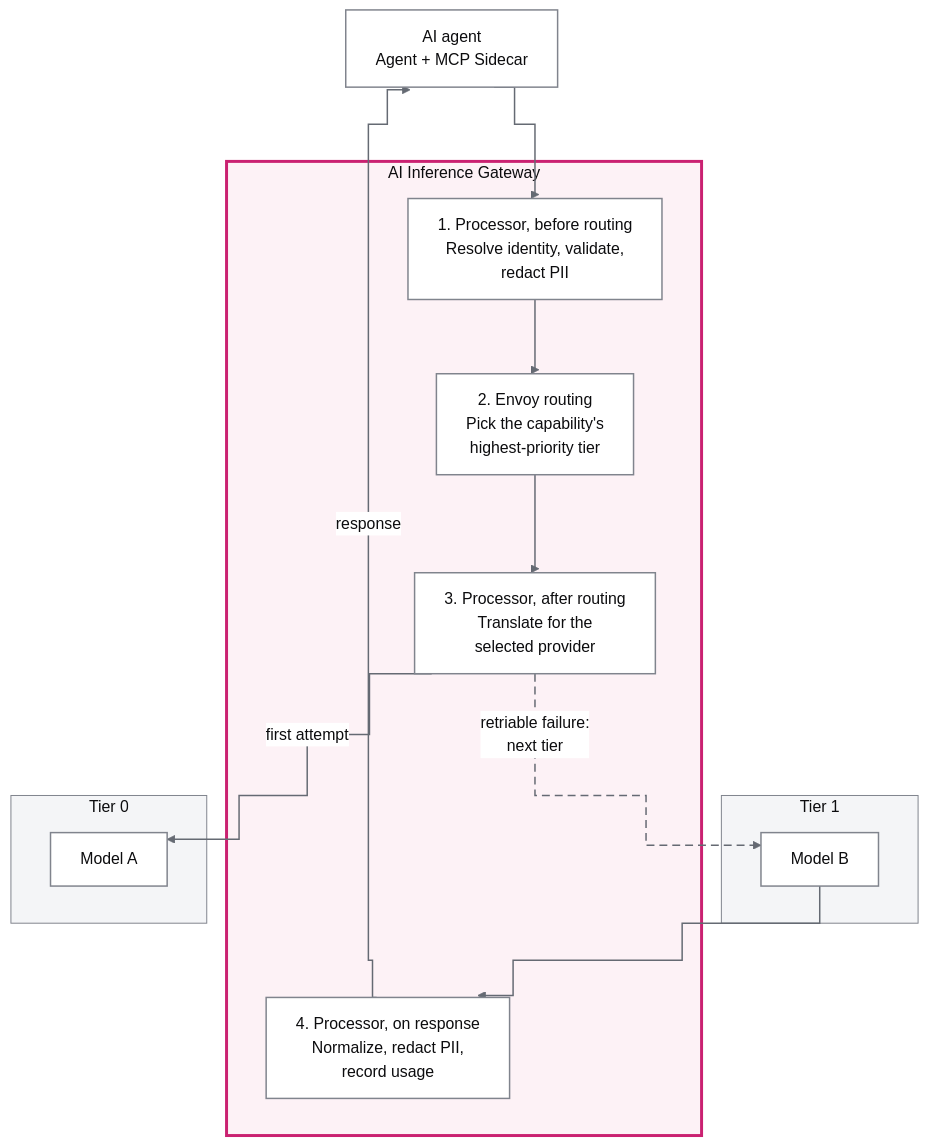
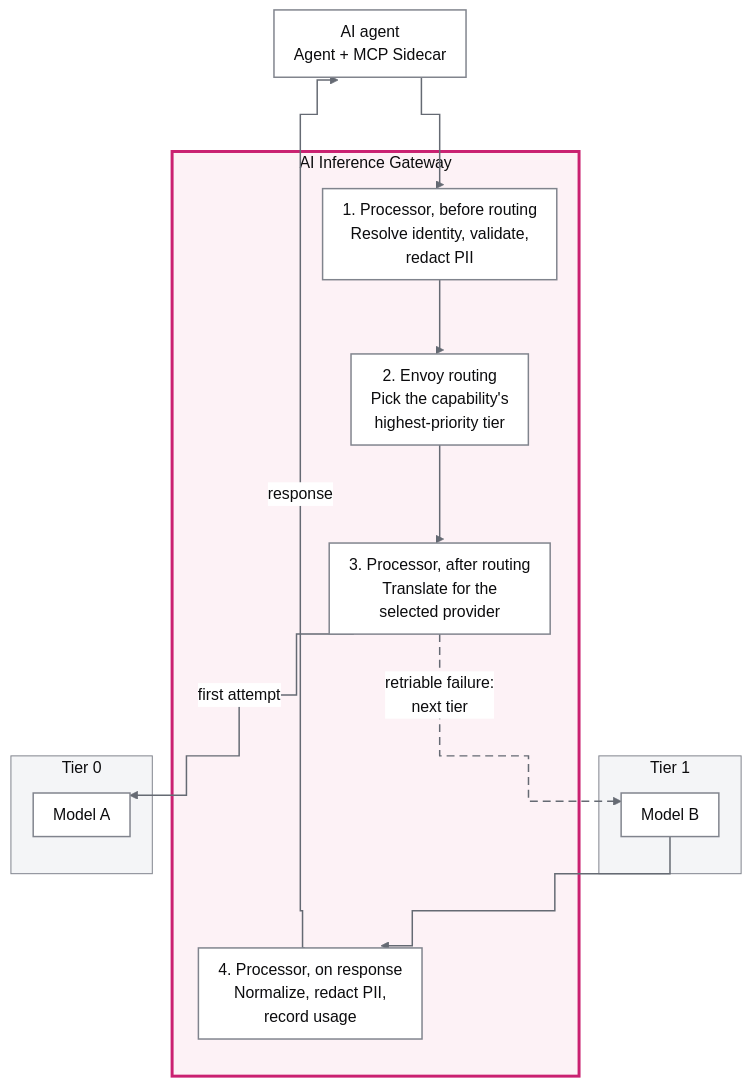
Before and after one commit to hashicorp/web-unified-docs: the diagram in content/consul/v2.1.x/img/agentic-mesh/mermaid-markup/model-access-workflow_light.mmd, drawn with Mermaid. The commit also changed 32 other files, not shown here.

First line of the commit message:
Fit the architecture diagrams to the content column

```diff
--- a/content/consul/v2.1.x/img/agentic-mesh/mermaid-markup/model-access-workflow_light.mmd
+++ b/content/consul/v2.1.x/img/agentic-mesh/mermaid-markup/model-access-workflow_light.mmd
@@ -1,30 +1,31 @@
-%%{init: {"theme":"base","fontFamily":"Helvetica, Arial, sans-serif","flowchart":{"curve":"step","nodeSpacing":60,"rankSpacing":75,"htmlLabels":true},"themeVariables":{"fontFamily":"Helvetica, Arial, sans-serif","fontSize":"16px","background":"#ffffff","primaryColor":"#ffffff","primaryBorderColor":"#80848d","primaryTextColor":"#0c0c0e","lineColor":"#656a73","clusterBkg":"#f4f5f7","clusterBorder":"#80848d","titleColor":"#0c0c0e","edgeLabelBackground":"#ffffff","actorBkg":"#ffffff","actorBorder":"#ca2171","actorTextColor":"#0c0c0e","actorLineColor":"#80848d","signalColor":"#656a73","signalTextColor":"#0c0c0e","noteBkgColor":"#f4f5f7","noteBorderColor":"#80848d","noteTextColor":"#0c0c0e","activationBkgColor":"#fdf2f6","activationBorderColor":"#c1527f","sequenceNumberColor":"#ffffff"},"sequence":{"mirrorActors":false,"width":220,"actorMargin":50,"messageMargin":50,"boxMargin":10,"noteMargin":12,"wrap":true}}}%%
+%%{init: {"theme":"base","fontFamily":"Helvetica, Arial, sans-serif","flowchart":{"curve":"step","nodeSpacing":60,"rankSpacing":75,"htmlLabels":true},"themeVariables":{"fontFamily":"Helvetica, Arial, sans-serif","fontSize":"16px","background":"#ffffff","primaryColor":"#ffffff","primaryBorderColor":"#80848d","primaryTextColor":"#0c0c0e","lineColor":"#656a73","clusterBkg":"#f4f5f7","clusterBorder":"#80848d","titleColor":"#0c0c0e","edgeLabelBackground":"#ffffff","actorBkg":"#ffffff","actorBorder":"#ca2171","actorTextColor":"#0c0c0e","actorLineColor":"#80848d","signalColor":"#656a73","signalTextColor":"#0c0c0e","noteBkgColor":"#f4f5f7","noteBorderColor":"#80848d","noteTextColor":"#0c0c0e","activationBkgColor":"#fdf2f6","activationBorderColor":"#c1527f","sequenceNumberColor":"#ffffff"},"sequence":{"mirrorActors":false,"width":130,"actorMargin":20,"messageMargin":45,"boxMargin":10,"noteMargin":12,"wrap":true,"actorFontSize":15,"messageFontSize":15}}}%%
+%%{init: {"flowchart":{"nodeSpacing":25,"padding":10}}}%%
 flowchart TB
   agent["AI agent<br/>Agent + MCP Sidecar"]
   subgraph igw["AI Inference Gateway"]
     pre["1. Processor, before routing<br/>Resolve identity, validate,<br/>redact PII"]
     route["2. Envoy routing<br/>Pick the capability's<br/>highest-priority tier"]
     post["3. Processor, after routing<br/>Translate for the<br/>selected provider"]
     resp["4. Processor, on response<br/>Normalize, redact PII,<br/>record usage"]
   end
   subgraph tier1["Tier 1"]
     modelb["Model B"]
   end
   subgraph tier0["Tier 0"]
     modela["Model A"]
   end
 
   agent --> pre
   pre --> route
   route --> post
   post -->|first attempt| modela
   post -->|retriable failure:<br/>next tier| modelb
   modelb --> resp
   resp -->|response| agent
 
   classDef default fill:#ffffff,stroke:#80848d,stroke-width:1.5px,color:#0c0c0e
   style igw fill:#fdf2f6,stroke:#ca2171,stroke-width:3px,color:#0c0c0e
   style tier0 fill:#f4f5f7,stroke:#80848d,stroke-width:1px,color:#0c0c0e
   style tier1 fill:#f4f5f7,stroke:#80848d,stroke-width:1px,color:#0c0c0e
   linkStyle 0,1,2,3,5,6 stroke:#656a73,stroke-width:1.5px
   linkStyle 4 stroke:#656a73,stroke-width:1.5px,stroke-dasharray:8 5
```
